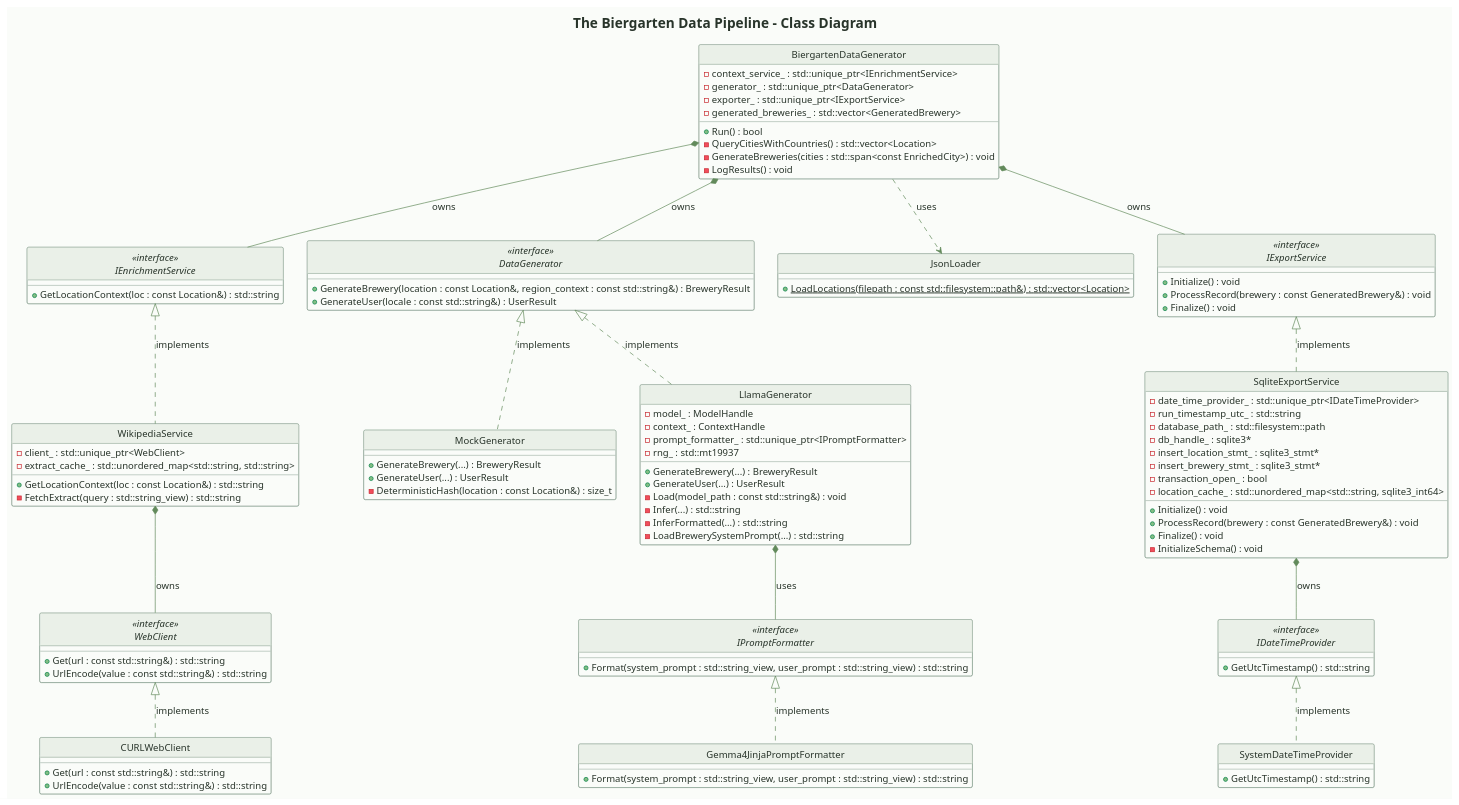
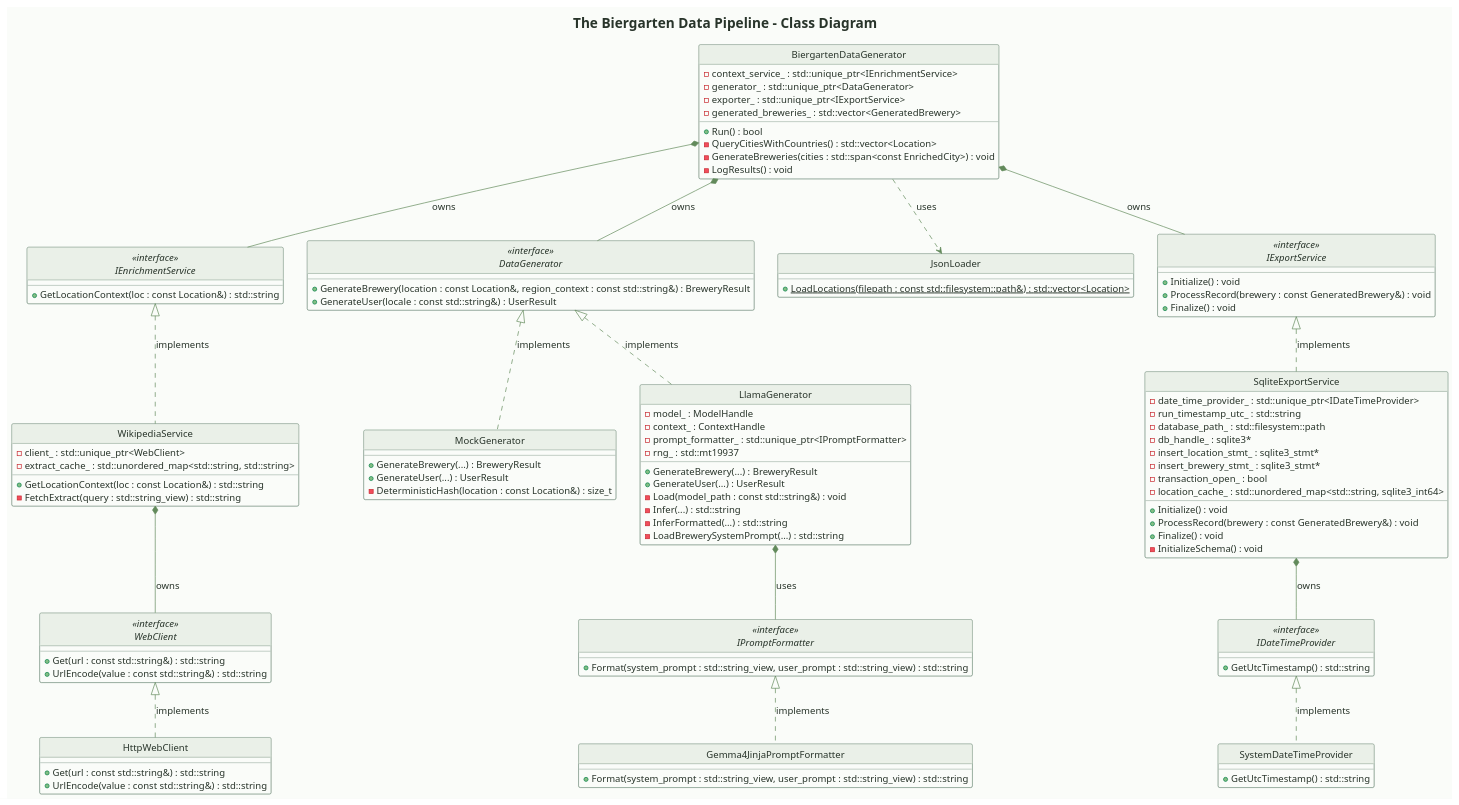
The diagram in docs/pipeline/diagrams/current/class.puml (aaronpo97/the-biergarten-app), drawn with PlantUML before and after one commit. The commit also changed 16 other files, not shown here.

```diff
--- a/docs/pipeline/diagrams/current/class.puml
+++ b/docs/pipeline/diagrams/current/class.puml
@@ -1,148 +1,148 @@
 @startuml
 skinparam style strictuml
 skinparam defaultFontName "DM Sans"
 skinparam defaultFontSize 14
 skinparam titleFontName "Volkhov"
 skinparam titleFontSize 20
 skinparam backgroundColor #FAFCF9
 skinparam defaultFontColor #28342A
 skinparam titleFontColor #28342A
 skinparam ArrowColor #628A5B
 
 skinparam class {
   BackgroundColor #FAFCF9
   HeaderBackgroundColor #EAF0E8
   BorderColor #547461
   ArrowColor #628A5B
   FontColor #28342A
 }
 
 skinparam note {
   BackgroundColor #EAF0E8
   BorderColor #547461
   FontColor #28342A
 }
 
 title The Biergarten Data Pipeline - Class Diagram
 
 class BiergartenDataGenerator {
   - context_service_ : std::unique_ptr<IEnrichmentService>
   - generator_ : std::unique_ptr<DataGenerator>
   - exporter_ : std::unique_ptr<IExportService>
   - generated_breweries_ : std::vector<GeneratedBrewery>
   + Run() : bool
   - QueryCitiesWithCountries() : std::vector<Location>
   - GenerateBreweries(cities : std::span<const EnrichedCity>) : void
   - LogResults() : void
 }
 
 interface IEnrichmentService <<interface>> {
   + GetLocationContext(loc : const Location&) : std::string
 }
 
 class WikipediaService {
   - client_ : std::unique_ptr<WebClient>
   - extract_cache_ : std::unordered_map<std::string, std::string>
   + GetLocationContext(loc : const Location&) : std::string
   - FetchExtract(query : std::string_view) : std::string
 }
 
 interface WebClient <<interface>> {
   + Get(url : const std::string&) : std::string
   + UrlEncode(value : const std::string&) : std::string
 }
 
-class CURLWebClient {
+class HttpWebClient {
   + Get(url : const std::string&) : std::string
   + UrlEncode(value : const std::string&) : std::string
 }
 
 interface DataGenerator <<interface>> {
   + GenerateBrewery(location : const Location&, region_context : const std::string&) : BreweryResult
   + GenerateUser(locale : const std::string&) : UserResult
 }
 
 class MockGenerator {
   + GenerateBrewery(...) : BreweryResult
   + GenerateUser(...) : UserResult
   - DeterministicHash(location : const Location&) : size_t
 }
 
 class LlamaGenerator {
   - model_ : ModelHandle
   - context_ : ContextHandle
   - prompt_formatter_ : std::unique_ptr<IPromptFormatter>
   - rng_ : std::mt19937
   + GenerateBrewery(...) : BreweryResult
   + GenerateUser(...) : UserResult
   - Load(model_path : const std::string&) : void
   - Infer(...) : std::string
   - InferFormatted(...) : std::string
   - LoadBrewerySystemPrompt(...) : std::string
 }
 
 interface IPromptFormatter <<interface>> {
   + Format(system_prompt : std::string_view, user_prompt : std::string_view) : std::string
 }
 
 class Gemma4JinjaPromptFormatter {
   + Format(system_prompt : std::string_view, user_prompt : std::string_view) : std::string
 }
 
 class JsonLoader {
   + {static} LoadLocations(filepath : const std::filesystem::path&) : std::vector<Location>
 }
 
 interface IExportService <<interface>> {
   + Initialize() : void
   + ProcessRecord(brewery : const GeneratedBrewery&) : void
   + Finalize() : void
 }
 
 class SqliteExportService {
   - date_time_provider_ : std::unique_ptr<IDateTimeProvider>
   - run_timestamp_utc_ : std::string
   - database_path_ : std::filesystem::path
   - db_handle_ : sqlite3*
   - insert_location_stmt_ : sqlite3_stmt*
   - insert_brewery_stmt_ : sqlite3_stmt*
   - transaction_open_ : bool
   - location_cache_ : std::unordered_map<std::string, sqlite3_int64>
   + Initialize() : void
   + ProcessRecord(brewery : const GeneratedBrewery&) : void
   + Finalize() : void
   - InitializeSchema() : void
 }
 
 interface IDateTimeProvider <<interface>> {
   + GetUtcTimestamp() : std::string
 }
 
 class SystemDateTimeProvider {
   + GetUtcTimestamp() : std::string
 }
 
 ' Structural Relationships / Dependency Injection
 BiergartenDataGenerator *-- IEnrichmentService : owns
 BiergartenDataGenerator *-- DataGenerator : owns
 BiergartenDataGenerator *-- IExportService : owns
 
 IEnrichmentService <|.. WikipediaService : implements
 WikipediaService *-- WebClient : owns
 
-WebClient <|.. CURLWebClient : implements
+WebClient <|.. HttpWebClient : implements
 
 DataGenerator <|.. MockGenerator : implements
 DataGenerator <|.. LlamaGenerator : implements
 
 LlamaGenerator *-- IPromptFormatter : uses
 
 IPromptFormatter <|.. Gemma4JinjaPromptFormatter : implements
 
 BiergartenDataGenerator ..> JsonLoader : uses
 
 IExportService <|.. SqliteExportService : implements
 SqliteExportService *-- IDateTimeProvider : owns
 IDateTimeProvider <|.. SystemDateTimeProvider : implements
 
 @enduml
```
